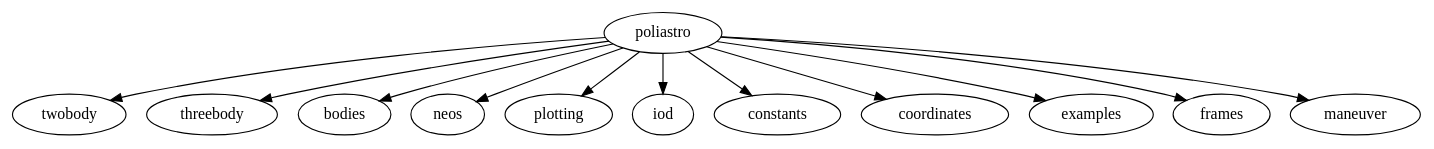
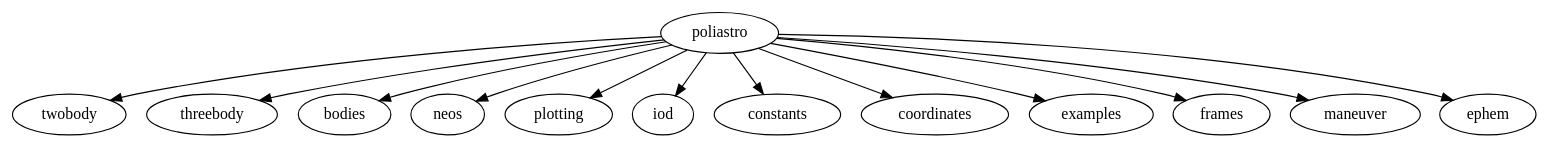
The diagram in docs/source/api/safe/safe_index.rst (poliastro/poliastro), drawn with Graphviz before and after one commit. The commit also changed other lines of this file and 1 other file, not shown here.

Commit message:
Add ephem to docs

```diff
--- a/docs/source/api/safe/safe_index.rst
+++ b/docs/source/api/safe/safe_index.rst
@@ -9,7 +9,7 @@
 .. graphviz:: 
     
     digraph {
         "poliastro" -> "twobody", "threebody", "bodies", "neos", "plotting", "iod", "constants", "coordinates", "examples", "frames",
-                       "maneuver"
+                       "maneuver", "ephem"
 
     }
```
